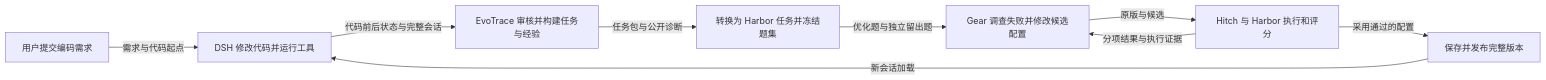
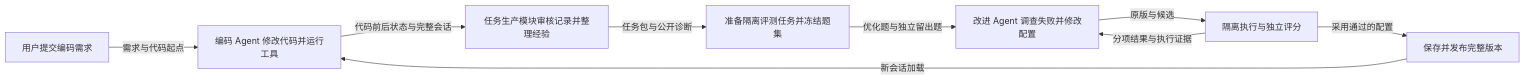
The diagram in README.md (talented-canola/TraceWaltz), drawn with Mermaid before and after one commit. The commit also changed other lines of this file, not shown here.

Commit message:
docs: present unified TraceWaltz workflow

````diff
--- a/README.md
+++ b/README.md
@@ -9,11 +9,11 @@
 ```mermaid
 flowchart LR
-  A[用户提交编码需求] -->|需求与代码起点| B[DSH 修改代码并运行工具]
-  B -->|代码前后状态与完整会话| C[EvoTrace 审核并构建任务与经验]
-  C -->|任务包与公开诊断| D[转换为 Harbor 任务并冻结题集]
-  D -->|优化题与独立留出题| E[Gear 调查失败并修改候选配置]
-  E -->|原版与候选| F[Hitch 与 Harbor 执行和评分]
+  A[用户提交编码需求] -->|需求与代码起点| B[编码 Agent 修改代码并运行工具]
+  B -->|代码前后状态与完整会话| C[任务生产模块审核记录并整理经验]
+  C -->|任务包与公开诊断| D[准备隔离评测任务并冻结题集]
+  D -->|优化题与独立留出题| E[改进 Agent 调查失败并修改配置]
+  E -->|原版与候选| F[隔离执行与独立评分]
   F -->|分项结果与执行证据| E
   F -->|采用通过的配置| G[保存并发布完整版本]
   G -->|新会话加载| B
 ```
````
